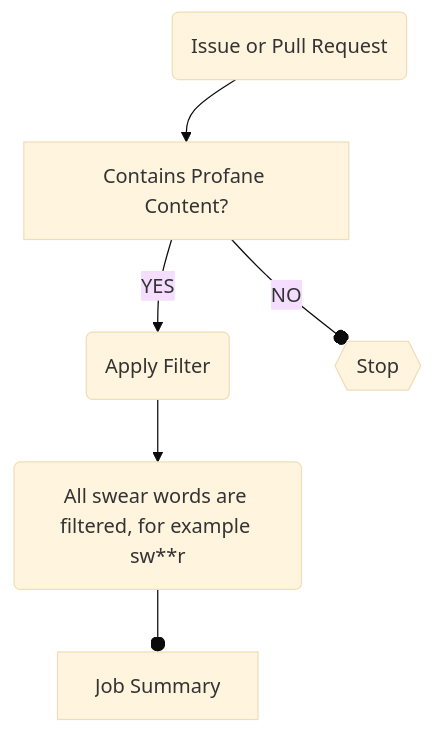
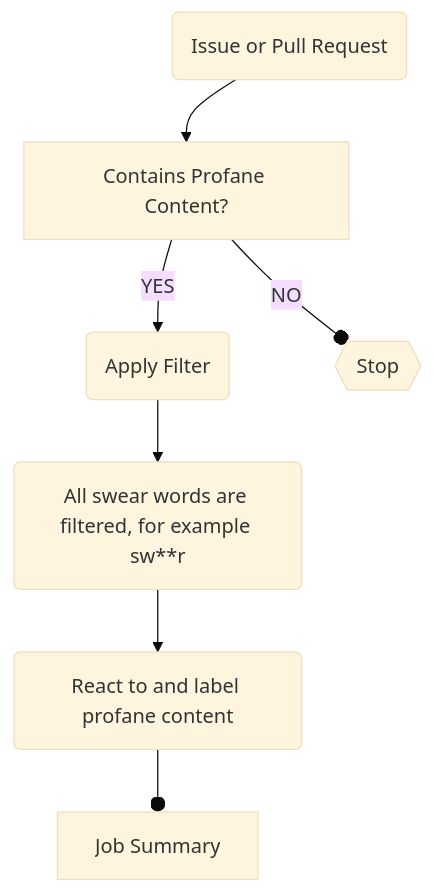
Before and after one commit to IEvangelist/profanity-filter: the diagram in README.md, drawn with Mermaid (base theme). The commit also changed other lines of this file and 8 other files, not shown here.

````diff
--- a/README.md
+++ b/README.md
@@ -134,9 +135,10 @@
 ```mermaid
 flowchart TD
     A(Issue or Pull Request)
       --> B[Contains Profane Content?]
     B -->|YES| C(Apply Filter)
       --> E(All swear words are filtered, for example sw**r)
-      --o F[Job Summary]
+      --> F(React to and label profane content)
+      --o G[Job Summary]
     B --o|NO| D{{Stop}} ~~~A
 ```
````
